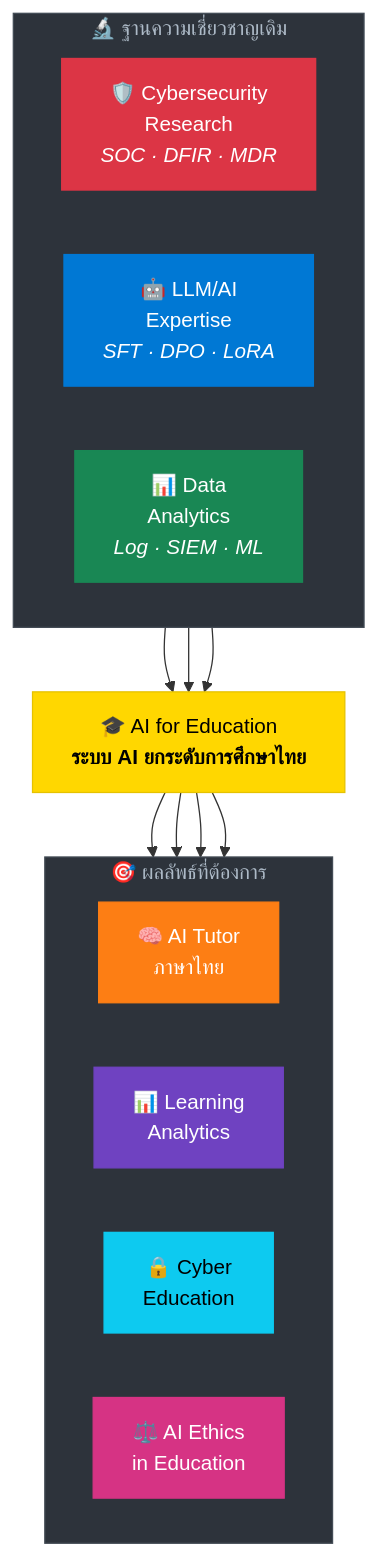
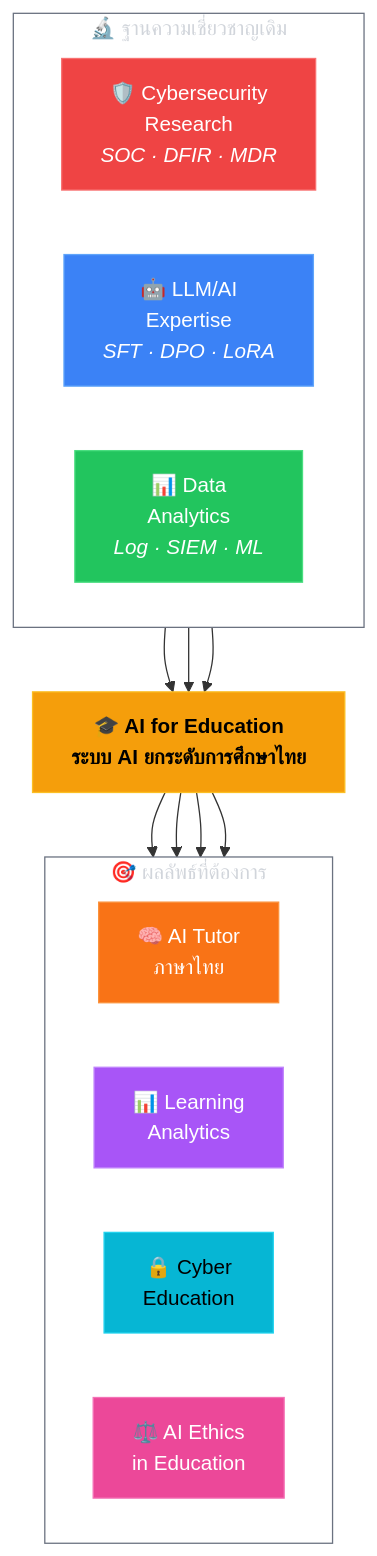
The second of 5 diagrams in research-plan/research_plan_2026_2029.md (nutthakorn7/kmutnb-fte-portfolio), drawn with Mermaid before and after one commit. The commit also changed other lines of this file and 5 other files, not shown here.

Commit message:
Unify dark theme: bright Mermaid colors across all pages (README, research plan, 4 teaching plans)

````diff
--- a/research-plan/research_plan_2026_2029.md
+++ b/research-plan/research_plan_2026_2029.md
@@ -182,39 +182,39 @@
 ```mermaid
 graph TB
     subgraph input["🔬 ฐานความเชี่ยวชาญเดิม"]
         direction LR
         A["🛡️ Cybersecurity<br/>Research<br/><i>SOC · DFIR · MDR</i>"]
         B["🤖 LLM/AI<br/>Expertise<br/><i>SFT · DPO · LoRA</i>"]
         C["📊 Data<br/>Analytics<br/><i>Log · SIEM · ML</i>"]
     end
 
     A --> D
     B --> D
     C --> D
 
     D["🎓 AI for Education<br/><b>ระบบ AI ยกระดับการศึกษาไทย</b>"]
 
     D --> E["🧠 AI Tutor<br/>ภาษาไทย"]
     D --> F["📊 Learning<br/>Analytics"]
     D --> G["🔒 Cyber<br/>Education"]
     D --> H["⚖️ AI Ethics<br/>in Education"]
 
     subgraph output["🎯 ผลลัพธ์ที่ต้องการ"]
         direction LR
         E
         F
         G
         H
     end
 
-    style A fill:#DC3545,stroke:#DC3545,color:#fff
-    style B fill:#0078D4,stroke:#0078D4,color:#fff
-    style C fill:#198754,stroke:#198754,color:#fff
-    style D fill:#FFD700,stroke:#E6C200,color:#000
-    style E fill:#FD7E14,stroke:#FD7E14,color:#fff
-    style F fill:#6F42C1,stroke:#6F42C1,color:#fff
-    style G fill:#0DCAF0,stroke:#0DCAF0,color:#000
-    style H fill:#D63384,stroke:#D63384,color:#fff
-    style input fill:#2d333b,stroke:#444c56,color:#adbac7
-    style output fill:#2d333b,stroke:#444c56,color:#adbac7
+    style A fill:#ef4444,stroke:#f87171,color:#fff
+    style B fill:#3b82f6,stroke:#60a5fa,color:#fff
+    style C fill:#22c55e,stroke:#4ade80,color:#fff
+    style D fill:#f59e0b,stroke:#fbbf24,color:#000,font-weight:bold
+    style E fill:#f97316,stroke:#fb923c,color:#fff
+    style F fill:#a855f7,stroke:#c084fc,color:#fff
+    style G fill:#06b6d4,stroke:#22d3ee,color:#000
+    style H fill:#ec4899,stroke:#f472b6,color:#fff
+    style input fill:transparent,stroke:#6b7280,color:#d1d5db
+    style output fill:transparent,stroke:#6b7280,color:#d1d5db
 ```
````
